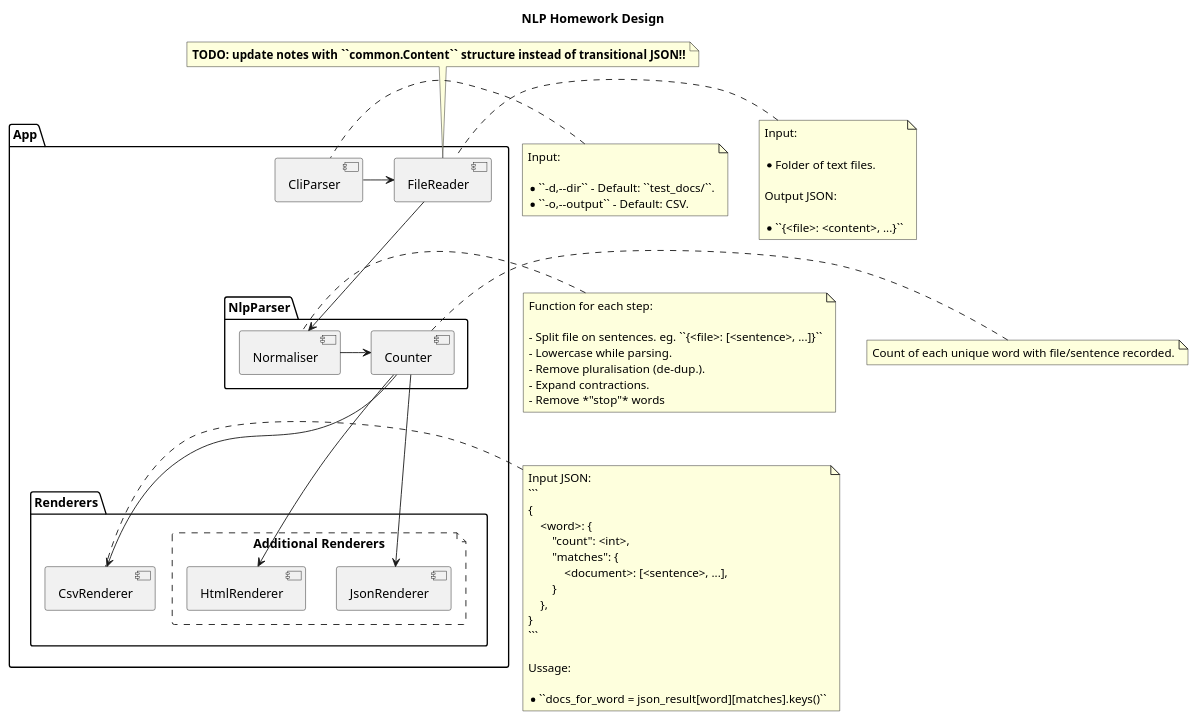
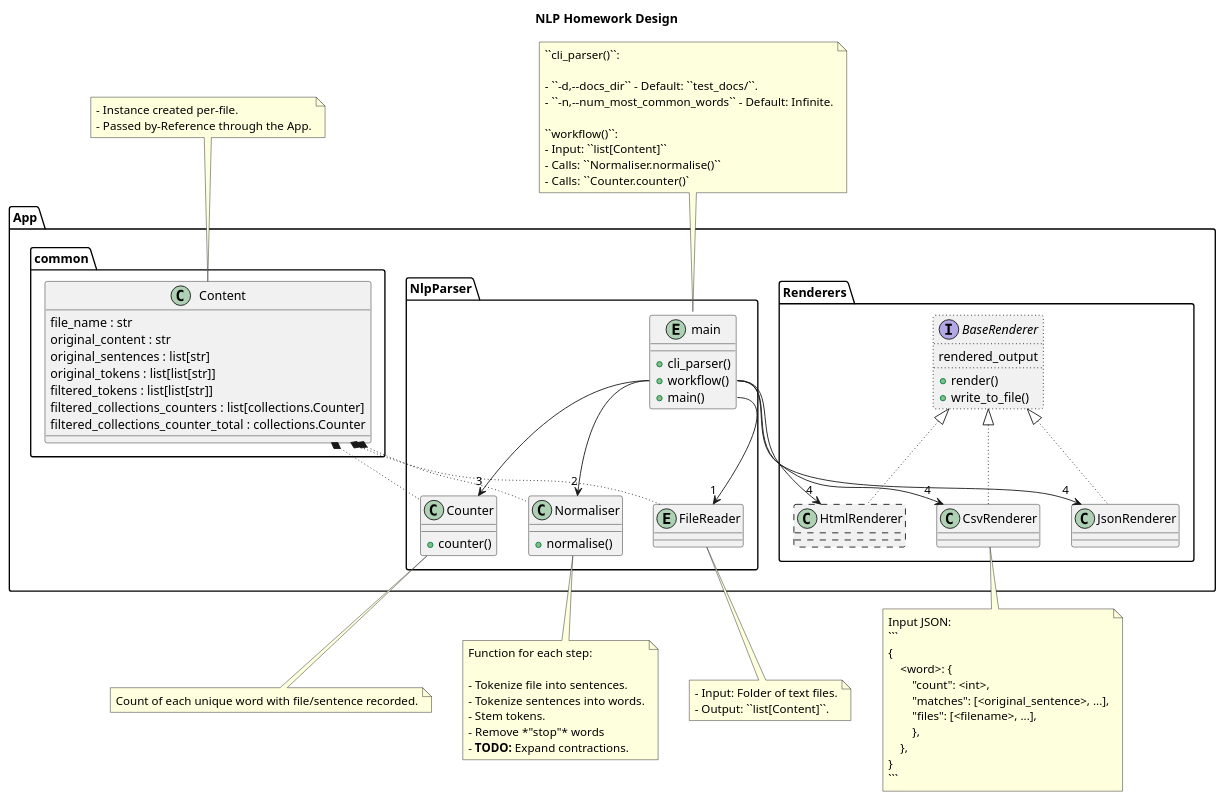
One commit to jackson15j/python_homework_nlp changed the diagram in docs/design.plantuml. Above: the diagram before and after it, drawn with PlantUML. The commit also changed 1 other file, not shown here.

Commit message:
Updated UML design to match current implementation.
Also keep a link to the original design.

````diff
--- a/docs/design.plantuml
+++ b/docs/design.plantuml
@@ -1,84 +1,111 @@
 @startuml design
 title NLP Homework Design
 
 !pragma useNewPackage
 set separator .
 
 
 package App {
-        component CliParser
-        component FileReader
+        package common {
+                class Content {
+                        file_name : str
+                        original_content : str
+                        original_sentences : list[str]
+                        original_tokens : list[list[str]]
+                        filtered_tokens : list[list[str]]
+                        filtered_collections_counters : list[collections.Counter]
+                        filtered_collections_counter_total : collections.Counter
+                }
+        }
         package NlpParser {
-                component Normaliser
-                component Counter
+                entity main {
+                        +cli_parser()
+                        +workflow()
+                        +main()
+                }
+                entity FileReader
+                class Normaliser {
+                        +normalise()
+                }
+                class Counter {
+                        +counter()
+                }
         }
         package Renderers {
-                component CsvRenderer
-                file ar as "Additional Renderers" #line.dashed {
-                        component JsonRenderer
-                        component HtmlRenderer
+                interface BaseRenderer #line.dotted {
+                        rendered_output
+                        +render()
+                        +write_to_file()
                 }
+                class CsvRenderer
+                class JsonRenderer
+                class HtmlRenderer #line.dashed
         }
 }
 
-CliParser -right-> FileReader
-FileReader --> Normaliser
-Normaliser -right-> Counter
-Counter --> CsvRenderer
-Counter --> HtmlRenderer
-Counter --> JsonRenderer
+Content *-[dotted]- FileReader
+Content *-[dotted]- Normaliser
+Content *-[dotted]- Counter
+main::main -right->"1" FileReader
+main::workflow -->"2" Normaliser
+main::workflow -->"3" Counter
+main::workflow -->"4" CsvRenderer
+main::workflow -->"4" HtmlRenderer
+main::workflow -->"4" JsonRenderer
+BaseRenderer <|-[dotted]- CsvRenderer
+BaseRenderer <|-[dotted]- HtmlRenderer
+BaseRenderer <|-[dotted]- JsonRenderer
+FileReader -[hidden]left-> Normaliser
+Normaliser -[hidden]left-> Counter
 
 
-note top of FileReader
-**TODO: update notes with ``common.Content`` structure instead of transitional JSON!!**
+note top of Content
+        - Instance created per-file.
+        - Passed by-Reference through the App.
 end note
 
-note left of CliParser
-        Input:
+note top of main
+        ``cli_parser()``:
 
-        * ``-d,--dir`` - Default: ``test_docs/``.
-        * ``-o,--output`` - Default: CSV.
+        - ``-d,--docs_dir`` - Default: ``test_docs/``.
+        - ``-n,--num_most_common_words`` - Default: Infinite.
+
+        ``workflow()``:
+        - Input: ``list[Content]``
+        - Calls: ``Normaliser.normalise()``
+        - Calls: ``Counter.counter()`
 end note
 
-note left of FileReader
-        Input:
-
-        * Folder of text files.
-
-        Output JSON:
-
-        * ``{<file>: <content>, ...}``
+note bottom of FileReader
+        - Input: Folder of text files.
+        - Output: ``list[Content]``.
 end note
 
-note left of Normaliser
+note bottom of Normaliser
         Function for each step:
 
-        - Split file on sentences. eg. ``{<file>: [<sentence>, ...]}``
-        - Lowercase while parsing.
-        - Remove pluralisation (de-dup.).
-        - Expand contractions.
+        - Tokenize file into sentences.
+        - Tokenize sentences into words.
+        - Stem tokens.
         - Remove *"stop"* words
+        - <b>TODO:</b> Expand contractions.
 end note
 
-note left of Counter
+note bottom of Counter
         Count of each unique word with file/sentence recorded.
 end note
 
-note left of CsvRenderer
+note bottom of CsvRenderer
         Input JSON:
         ```
         {
             <word>: {
                 "count": <int>,
-                "matches": {
-                    <document>: [<sentence>, ...],
-                }
+                "matches": [<original_sentence>, ...],
+                "files": [<filename>, ...],
+                },
             },
         }
         ```
-
-        Ussage:
-
-        * ``docs_for_word = json_result[word][matches].keys()``
 end note
 @enduml
````
